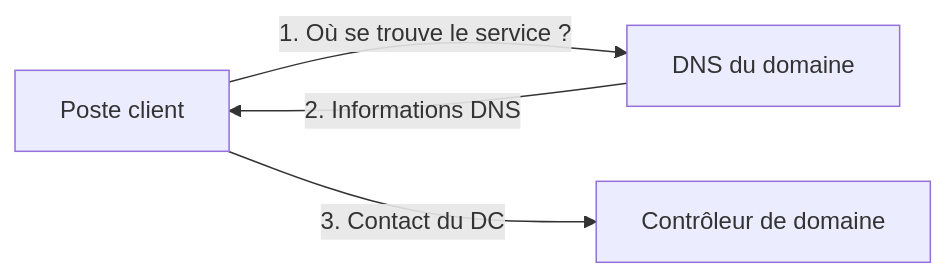
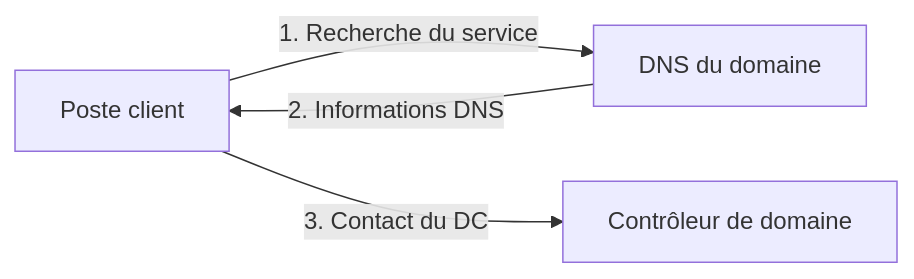
Before and after one commit to lmeryFulbert/SportLudique2026-2027: the second of 20 diagrams in docs/cours/05-Services/active-directory.md, drawn with Mermaid. The commit also changed other lines of this file and 1 other file, not shown here.

````diff
--- a/docs/cours/05-Services/active-directory.md
+++ b/docs/cours/05-Services/active-directory.md
@@ -406,10 +311,10 @@
 ```mermaid
 flowchart LR
     CLIENT["Poste client"]
     DNS["DNS du domaine"]
     DC["Contrôleur de domaine"]
 
-    CLIENT -->|"1. Où se trouve le service ?"| DNS
+    CLIENT -->|"1. Recherche du service"| DNS
     DNS -->|"2. Informations DNS"| CLIENT
     CLIENT -->|"3. Contact du DC"| DC
 ```
````
